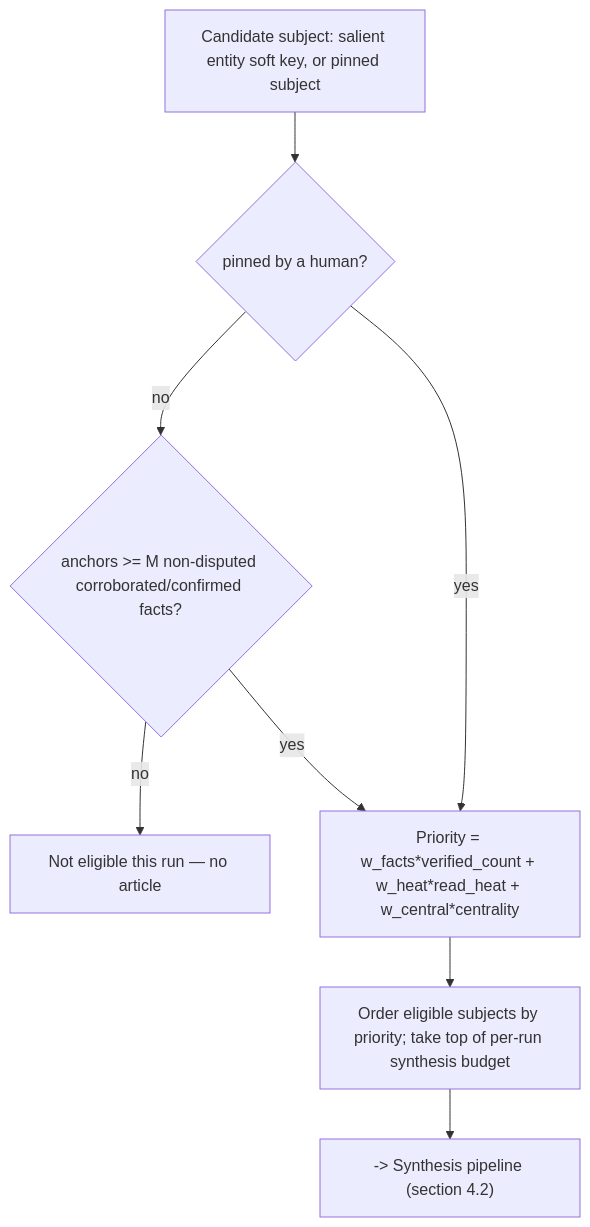
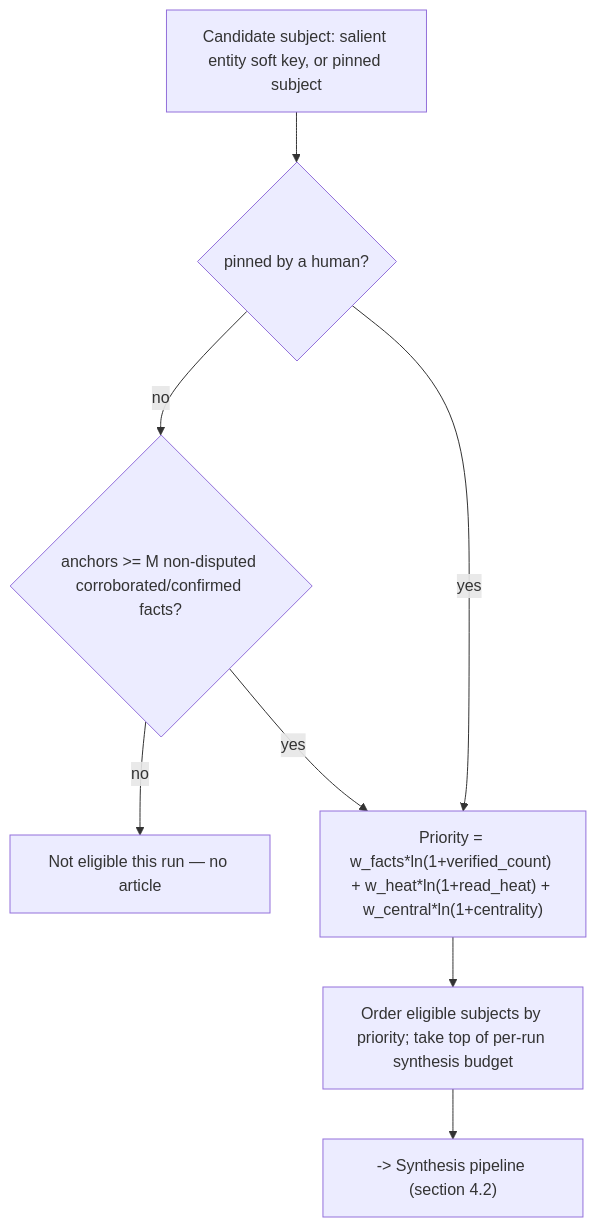
The fifth of 10 diagrams in docs/design/09-knowledge-organization.md (darkraise/darkmem), drawn with Mermaid before and after one commit. The commit also changed other lines of this file and 6 other files, not shown here.

````diff
--- a/docs/design/09-knowledge-organization.md
+++ b/docs/design/09-knowledge-organization.md
@@ -184,17 +186,17 @@
 ```mermaid
 flowchart TD
     Subj["Candidate subject: salient entity soft key, or pinned subject"]
     Pinned{"pinned by a human?"}
     Gate{"anchors >= M non-disputed corroborated/confirmed facts?"}
     Ineligible["Not eligible this run — no article"]
-    Score["Priority = w_facts*verified_count + w_heat*read_heat + w_central*centrality"]
+    Score["Priority = w_facts*ln(1+verified_count) + w_heat*ln(1+read_heat) + w_central*ln(1+centrality)"]
     Budget["Order eligible subjects by priority; take top of per-run synthesis budget"]
     Synth["-> Synthesis pipeline (section 4.2)"]
 
     Subj --> Pinned
     Pinned -- yes --> Score
     Pinned -- no --> Gate
     Gate -- no --> Ineligible
     Gate -- yes --> Score
     Score --> Budget --> Synth
 ```
````
